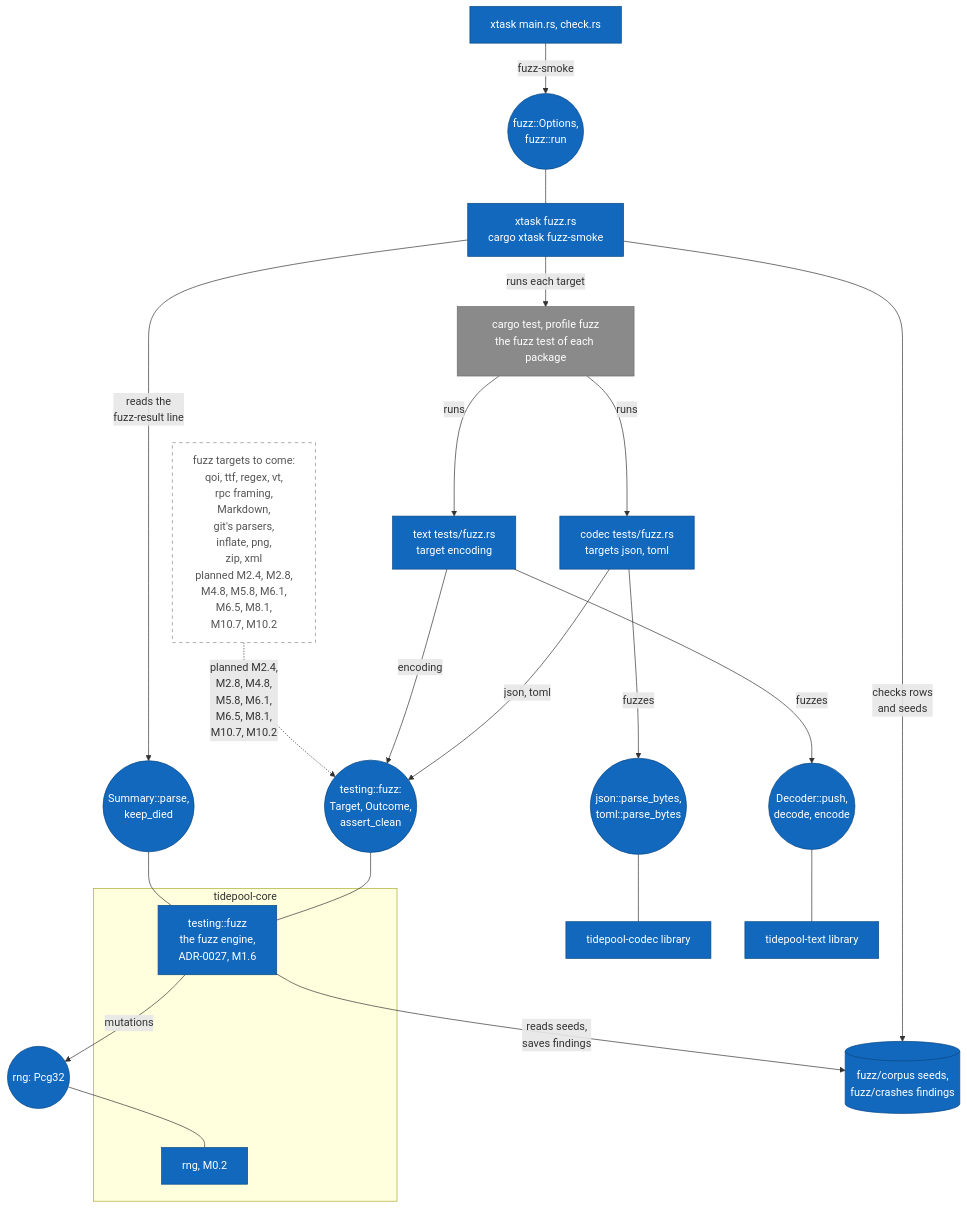
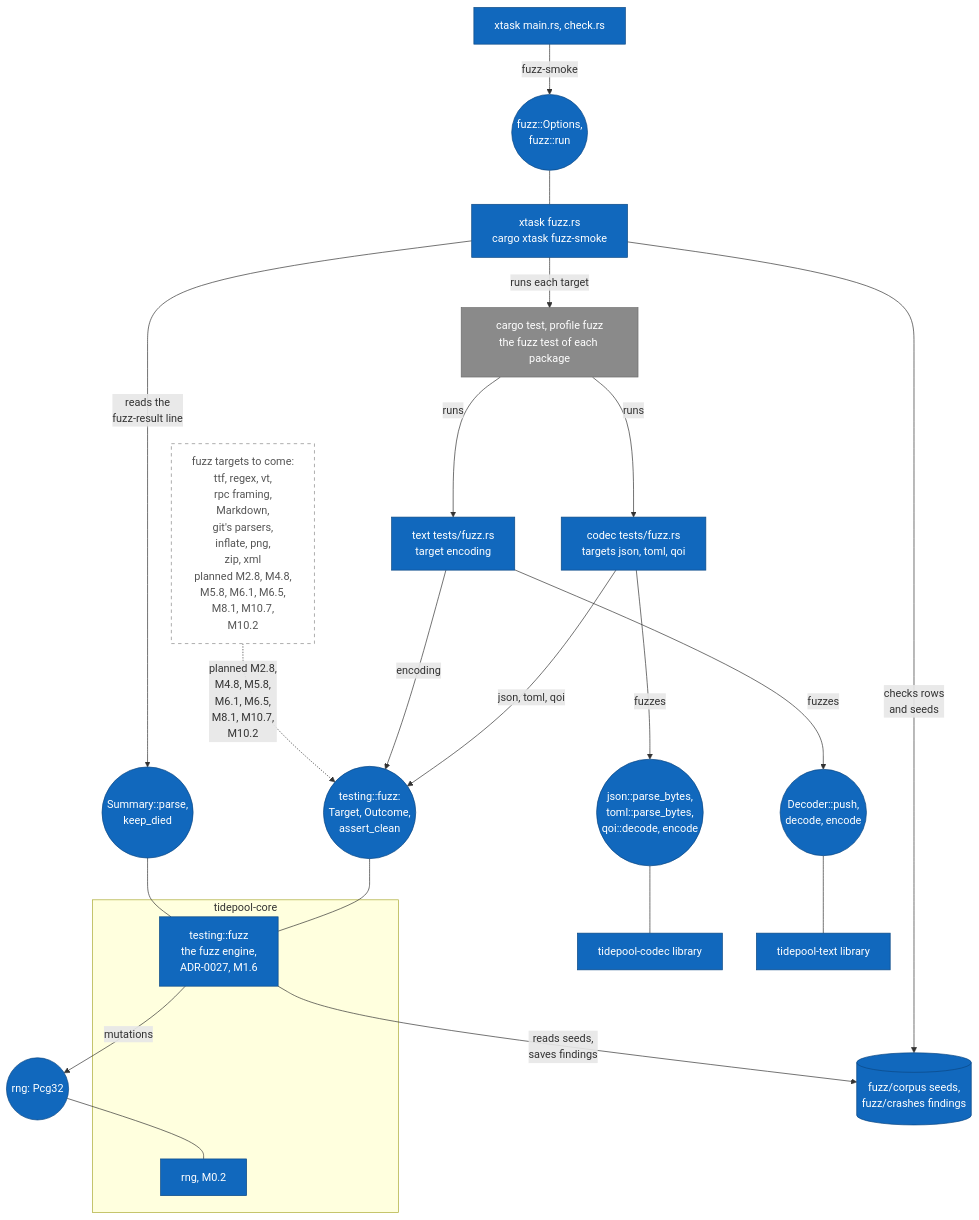
One commit to jabbott-iii/Tidepool changed diagram 20 of 21 in diagrams/component-diagrams.md. Above: the diagram before and after it, drawn with Mermaid. The commit also changed other lines of this file and 67 other files, not shown here.

First line of the commit message:
codec, gfx, xtask: QOI, the golden harness and gfx goldens (M2.4)

````diff
--- a/diagrams/component-diagrams.md
+++ b/diagrams/component-diagrams.md
@@ -1108,57 +1140,57 @@
 ```mermaid
 flowchart TB
     c_main["xtask main.rs, check.rs"]
     i_fuzzrun(("fuzz::Options,<br/>fuzz::run"))
     c_fuzz["xtask fuzz.rs<br/>cargo xtask fuzz-smoke"]
     e_cargo["cargo test, profile fuzz<br/>the fuzz test of each package"]
 
-    c_cfz["codec tests/fuzz.rs<br/>targets json, toml"]
+    c_cfz["codec tests/fuzz.rs<br/>targets json, toml, qoi"]
     c_tfz["text tests/fuzz.rs<br/>target encoding"]
-    c_more["fuzz targets to come:<br/>qoi, ttf, regex, vt,<br/>rpc framing,<br/>Markdown,<br/>git's parsers,<br/>inflate, png,<br/>zip, xml<br/>planned M2.4, M2.8,<br/>M4.8, M5.8, M6.1,<br/>M6.5, M8.1,<br/>M10.7, M10.2"]
+    c_more["fuzz targets to come:<br/>ttf, regex, vt,<br/>rpc framing,<br/>Markdown,<br/>git's parsers,<br/>inflate, png,<br/>zip, xml<br/>planned M2.8, M4.8,<br/>M5.8, M6.1, M6.5,<br/>M8.1, M10.7,<br/>M10.2"]
 
     i_target(("testing::fuzz:<br/>Target, Outcome,<br/>assert_clean"))
     i_summary(("Summary::parse,<br/>keep_died"))
-    i_cparse(("json::parse_bytes,<br/>toml::parse_bytes"))
+    i_cparse(("json::parse_bytes,<br/>toml::parse_bytes,<br/>qoi::decode, encode"))
     i_tdec(("Decoder::push,<br/>decode, encode"))
 
     subgraph sg_core["tidepool-core"]
         c_engine["testing::fuzz<br/>the fuzz engine,<br/>ADR-0027, M1.6"]
         c_rng["rng, M0.2"]
     end
     i_pcg(("rng: Pcg32"))
     c_codec["tidepool-codec library"]
     c_text["tidepool-text library"]
     f_corpus[("fuzz/corpus seeds,<br/>fuzz/crashes findings")]
 
     c_main -->|"fuzz-smoke"| i_fuzzrun
     i_fuzzrun --- c_fuzz
     c_fuzz -->|"runs each target"| e_cargo
     e_cargo -->|"runs"| c_cfz
     e_cargo -->|"runs"| c_tfz
     c_fuzz -->|"reads the<br/>fuzz-result line"| i_summary
     c_fuzz -->|"checks rows<br/>and seeds"| f_corpus
 
-    c_cfz -->|"json, toml"| i_target
+    c_cfz -->|"json, toml, qoi"| i_target
     c_tfz -->|"encoding"| i_target
-    c_more -.->|"planned M2.4,<br/>M2.8, M4.8,<br/>M5.8, M6.1,<br/>M6.5, M8.1,<br/>M10.7, M10.2"| i_target
+    c_more -.->|"planned M2.8,<br/>M4.8, M5.8,<br/>M6.1, M6.5,<br/>M8.1, M10.7,<br/>M10.2"| i_target
     c_cfz -->|"fuzzes"| i_cparse
     c_tfz -->|"fuzzes"| i_tdec
 
     i_target --- c_engine
     i_summary --- c_engine
     c_engine -->|"mutations"| i_pcg
     i_pcg --- c_rng
     c_engine -->|"reads seeds,<br/>saves findings"| f_corpus
     i_cparse --- c_codec
     i_tdec --- c_text
 
     classDef built fill:#1168bd,stroke:#0b4884,color:#ffffff
     classDef external fill:#8a8a8a,stroke:#6b6b6b,color:#ffffff
     classDef planned fill:#ffffff,stroke:#888888,stroke-dasharray: 5 5,color:#555555
     classDef store fill:#1168bd,stroke:#0b4884,color:#ffffff
     class c_main,c_fuzz,c_cfz,c_tfz,c_engine,c_rng,c_codec,c_text built
     class i_fuzzrun,i_target,i_summary,i_pcg,i_cparse,i_tdec built
     class c_more planned
     class e_cargo external
     class f_corpus store
 ```
````
